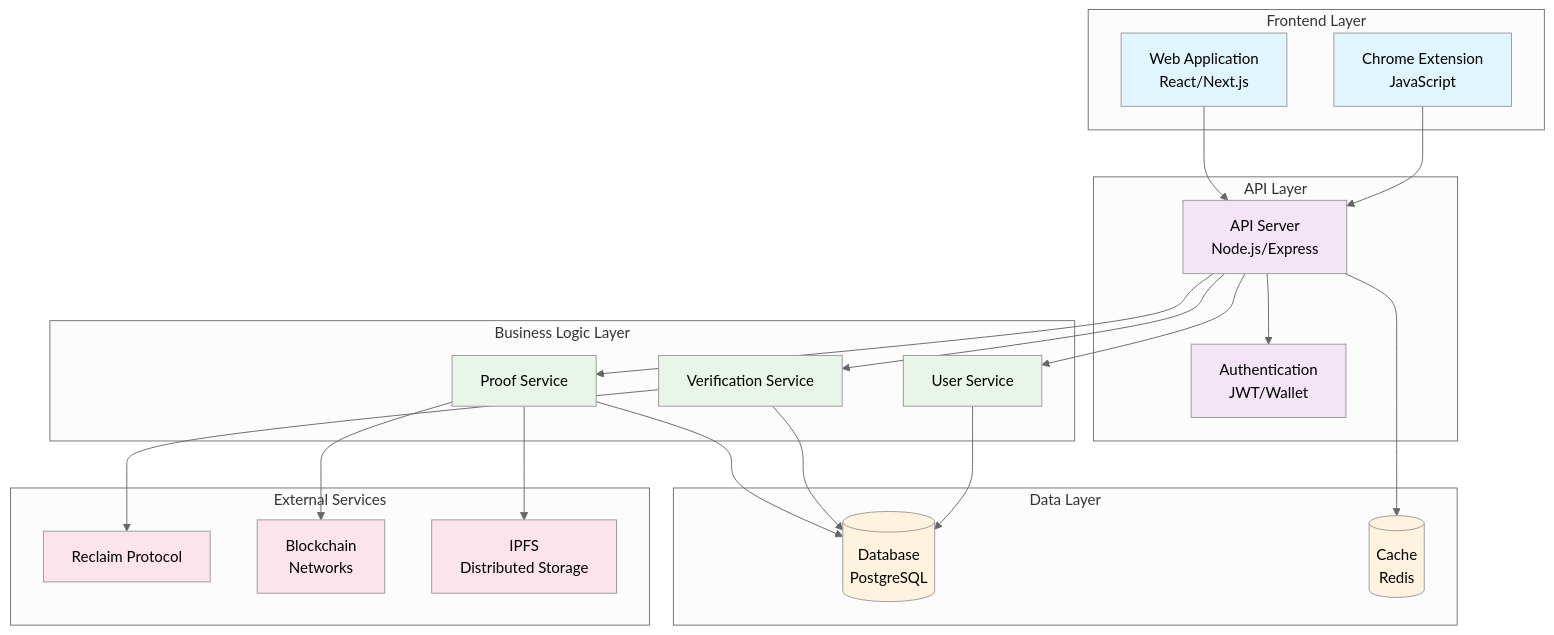
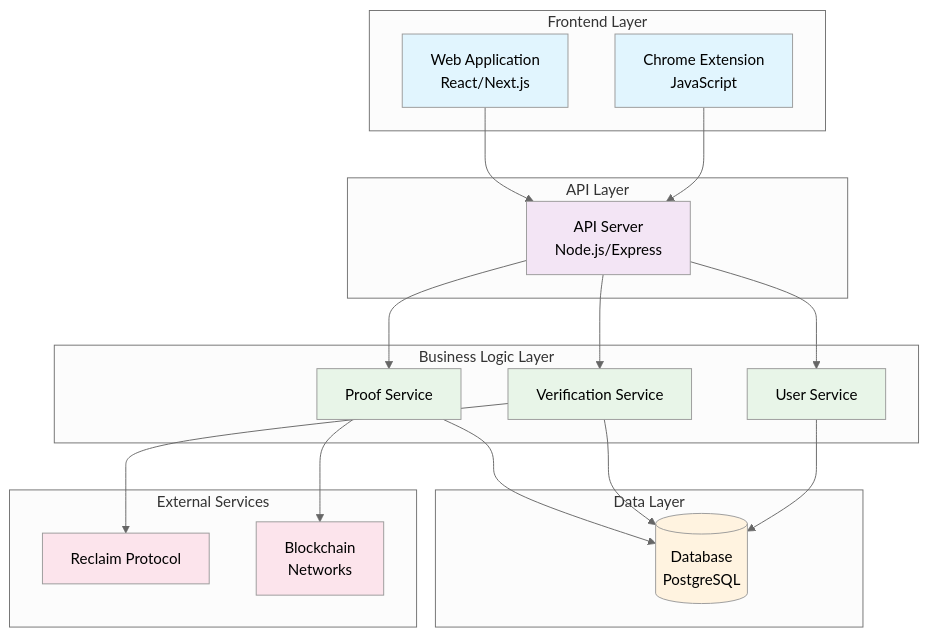
One commit to TideQuest/vsr changed the first of 2 diagrams in docs/system-architecture.md. Above: the diagram before and after it, drawn with Mermaid (neutral theme). The commit also changed other lines of this file, not shown here.

First line of the commit message:
refactor: simplify system architecture and add recommendation services

````diff
--- a/docs/system-architecture.md
+++ b/docs/system-architecture.md
@@ -5,58 +5,51 @@
 ```mermaid
 graph TB
     subgraph "Frontend Layer"
         WEB[Web Application<br/>React/Next.js]
         EXT[Chrome Extension<br/>JavaScript]
     end
 
     subgraph "API Layer"
         API[API Server<br/>Node.js/Express]
-        AUTH[Authentication<br/>JWT/Wallet]
     end
 
     subgraph "Business Logic Layer"
         PROOF[Proof Service]
         VERIFY[Verification Service]
         USER[User Service]
     end
 
     subgraph "Data Layer"
         DB[(Database<br/>PostgreSQL)]
-        CACHE[(Cache<br/>Redis)]
     end
 
     subgraph "External Services"
         RECLAIM[Reclaim Protocol]
         BLOCKCHAIN[Blockchain<br/>Networks]
-        IPFS[IPFS<br/>Distributed Storage]
     end
 
     WEB --> API
     EXT --> API
-    API --> AUTH
     API --> PROOF
     API --> VERIFY
     API --> USER
 
     PROOF --> DB
     VERIFY --> DB
     USER --> DB
 
-    API --> CACHE
-
     VERIFY --> RECLAIM
     PROOF --> BLOCKCHAIN
-    PROOF --> IPFS
 
     classDef frontend fill:#e1f5fe
     classDef api fill:#f3e5f5
     classDef business fill:#e8f5e8
     classDef data fill:#fff3e0
     classDef external fill:#fce4ec
 
     class WEB,EXT frontend
     class API,AUTH api
     class PROOF,VERIFY,USER business
     class DB,CACHE data
     class RECLAIM,BLOCKCHAIN,IPFS external
 ```
````
